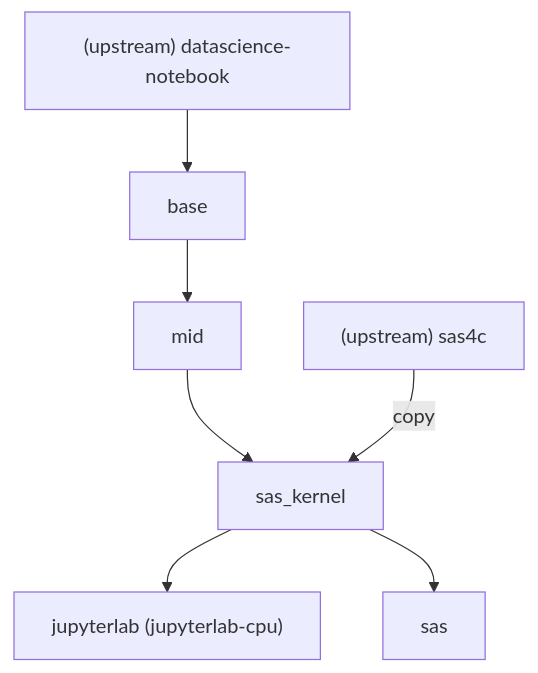
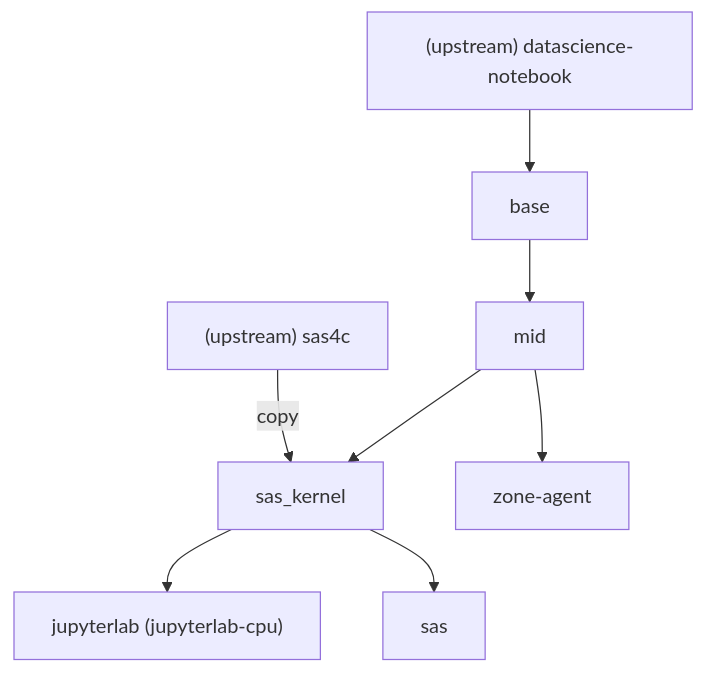
The diagram in README.md (StatCan/zone-kubeflow-containers), drawn with Mermaid before and after one commit. The commit also changed other lines of this file and 14 other files, not shown here.

First line of the commit message:
feat: add zone-agent image with a broker-authenticated coding agent CLI

````diff
--- a/README.md
+++ b/README.md
@@ -130,10 +131,11 @@
 ```mermaid
 graph TD
   upstream_nb["(upstream) datascience-notebook"]
   upstream_nb --> base
   base --> mid
   mid --> sas_kernel
   upstream_sas["(upstream) sas4c"] --> |copy|sas_kernel
   sas_kernel --> jupyterlab["jupyterlab (jupyterlab-cpu)"]
   sas_kernel --> sas
+  mid --> zone-agent
 ```
````
